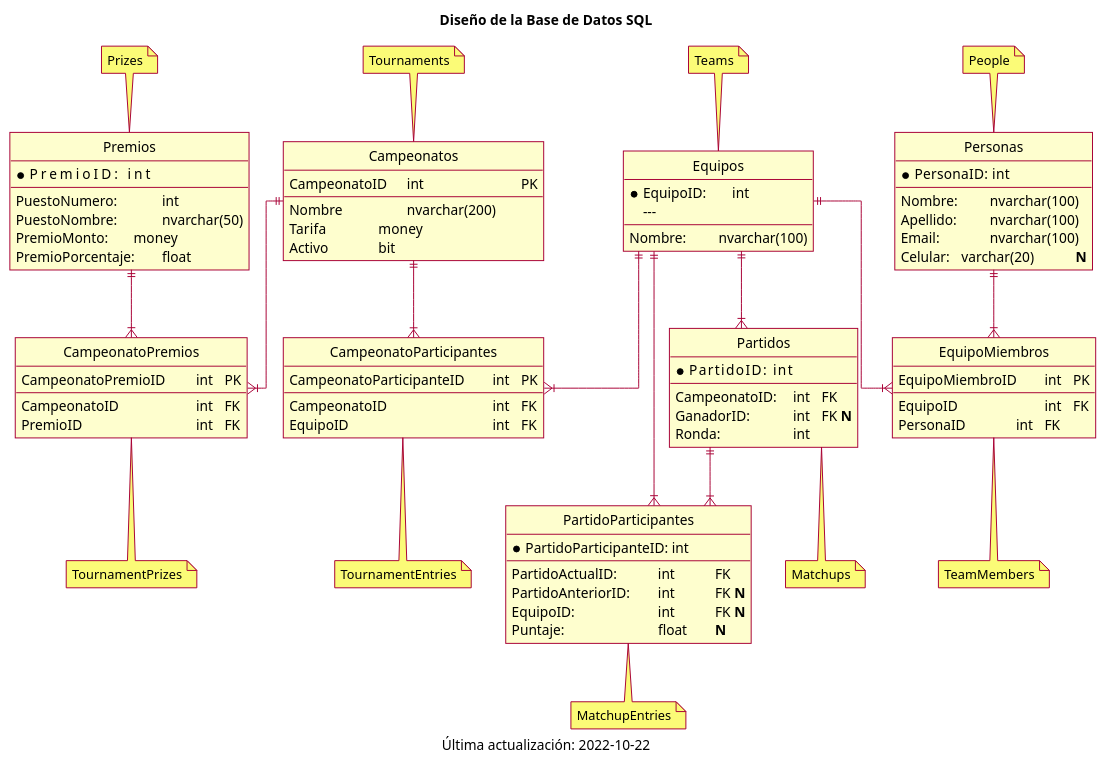
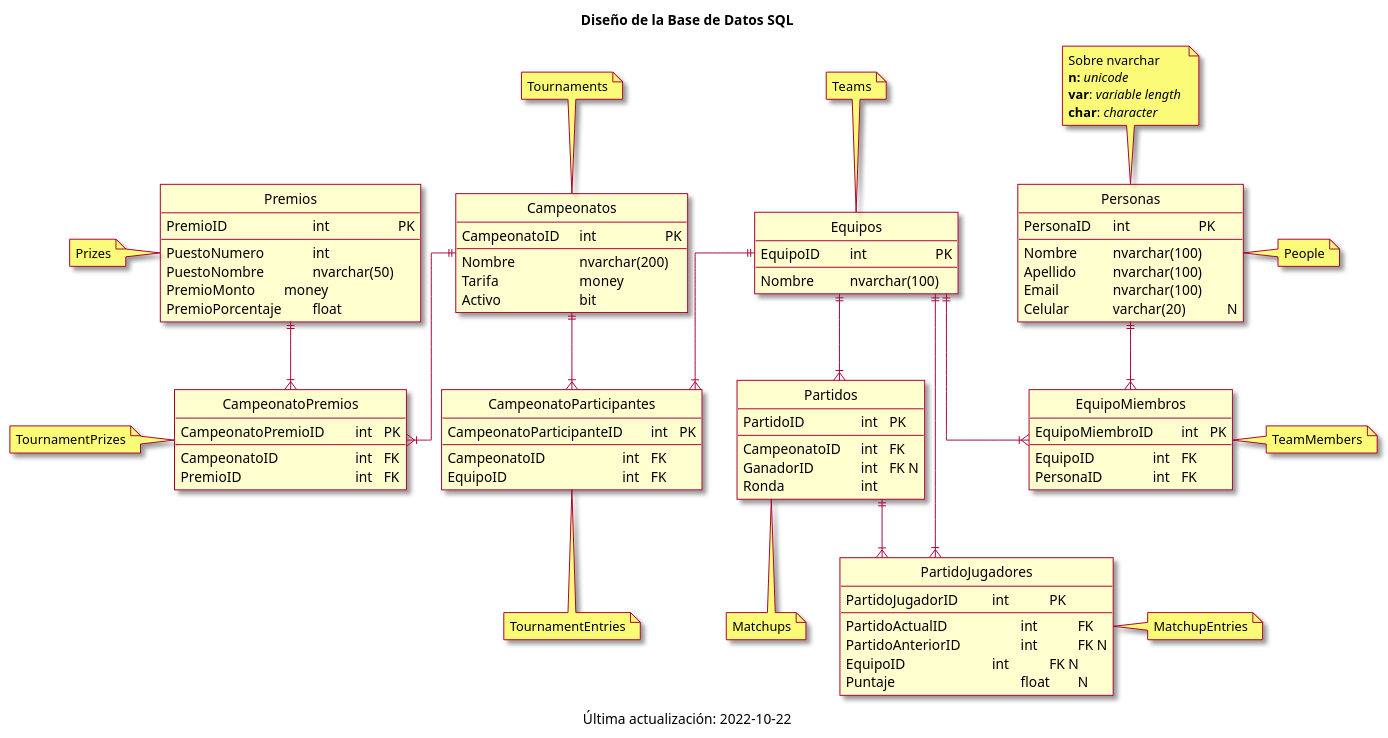
Before and after one commit to zherar7ordoya/AP5: the diagram in (EndGame)/Tournament Tracker/1) Planificación/9) Diseño de la Base de Datos SQL.puml, drawn with PlantUML. The commit also changed other lines of this file and 22 other files, not shown here.

```diff
--- a/(EndGame)/Tournament Tracker/1) Planificación/9) Diseño de la Base de Datos SQL.puml
+++ b/(EndGame)/Tournament Tracker/1) Planificación/9) Diseño de la Base de Datos SQL.puml
@@ -10,148 +1,146 @@
 @startuml GESTOR DE CAMPEONATOS
 
+/'
+@title        GESTOR DE CAMPEONATOS
+@description  Aplicación para crear, organizar y administrar campeonatos.
+@author       Gerardo Tordoya
+@date         2022-10-12
+@remarks      *) Para los nombres se usó la convención de WideWorldImporters.
+              *) Para los diagramas se usó la convención de Vertabelo.
+'/
+
+' ─── CONFIGURACIONES ──────────────────────────────────────────────────────────
 ' Configuración de plantilla.
 skin rose
-skinparam classFontName Calibri
-skinparam shadowing false
+' skinparam classFontName Calibri
+' skinparam shadowing false
 
 ' Configuración de diagrama.
 hide circle
 skinparam linetype ortho
 
-' ──────────────────────────────────────────────────────────────────────────────
-
+' ─── TÍTULO ───────────────────────────────────────────────────────────────────
 title Diseño de la Base de Datos SQL
 
-' ─── OBJETOS ──────────────────────────────────────────────────────────────────
-
+' ─── ENTIDADES ────────────────────────────────────────────────────────────────
 entity "CampeonatoParticipantes"
 {
     CampeonatoParticipanteID \t int \t PK 
     ---
-    CampeonatoID         \t\t\t int \t FK
-    EquipoID           \t\t\t\t int \t FK
+    CampeonatoID           \t\t int \t FK
+    EquipoID             \t\t\t int \t FK
 }
 
 
 entity "CampeonatoPremios"
 {
     CampeonatoPremioID \t int \t PK
     ---
     CampeonatoID     \t\t int \t FK
     PremioID       \t\t\t int \t FK
 }
 
 
 entity "Campeonatos"
 {
-    CampeonatoID \t int \t\t\t\t PK
+    CampeonatoID \t int \t\t\t PK
     ---
     Nombre     \t\t nvarchar(200)
-    Tarifa     \t\t money
-    Activo     \t\t bit
+    Tarifa   \t\t\t money
+    Activo   \t\t\t bit
 }
 
 
 entity "EquipoMiembros"
 {
     EquipoMiembroID \t int \t PK
     ---
-    EquipoID    \t\t\t int \t FK
+    EquipoID      \t\t int \t FK
     PersonaID     \t\t int \t FK
 }
 
 
 entity "Equipos"
 {
-   *EquipoID: \t int
+    EquipoID \t int \t\t\t PK
     ---
-    Nombre: \t nvarchar(100)
+    Nombre   \t nvarchar(100)
 }
 
 
-entity "PartidoParticipantes"
+entity "PartidoJugadores"
 {
-    *PartidoParticipanteID: int
-    --
-    PartidoActualID:     \t int   \t FK
-    PartidoAnteriorID:   \t int   \t FK **N**
-    EquipoID:          \t\t int   \t FK **N**
-    Puntaje:           \t\t float \t **N**
+    PartidoJugadorID      \t int \t\t PK
+    ---
+    PartidoActualID     \t\t int \t\t FK
+    PartidoAnteriorID   \t\t int \t\t FK N
+    EquipoID            \t\t int \t\t FK N
+    Puntaje           \t\t\t float \t N
 }
 
 
 entity "Partidos"
 {
-    *PartidoID:      int
-    --
-    CampeonatoID: \t int \t FK
-    GanadorID:    \t int \t FK **N**
-    Ronda:      \t\t int
+    PartidoID  \t\t int \t PK
+    ---
+    CampeonatoID \t int \t FK
+    GanadorID  \t\t int \t FK N
+    Ronda      \t\t int
 }
 
 
 entity "Personas"
 {
-    *PersonaID:  int
-    --
-    Nombre:   \t nvarchar(100)
-    Apellido: \t nvarchar(100)
-    Email:  \t\t nvarchar(100)
-    Celular:  \t varchar(20)   \t **N**
+    PersonaID  \t int         \t\t PK
+    ---
+    Nombre     \t nvarchar(100)
+    Apellido \t\t nvarchar(100)
+    Email    \t\t nvarchar(100)
+    Celular  \t\t varchar(20)   \t N
 }
 
 
 entity "Premios"
 {
-    *PremioID:           int
-    --
-    PuestoNumero:     \t int
-    PuestoNombre:     \t nvarchar(50)
-    PremioMonto:      \t money
-    PremioPorcentaje: \t float
+    PremioID       \t\t int \t\t\t PK
+    ---
+    PuestoNumero     \t int
+    PuestoNombre     \t nvarchar(50)
+    PremioMonto      \t money
+    PremioPorcentaje \t float
 }
 
 ' ─── RELACIONES ───────────────────────────────────────────────────────────────
-
 Campeonatos ||--|{ CampeonatoParticipantes
 Campeonatos ||--|{ CampeonatoPremios
 
 Equipos     ||--|{ CampeonatoParticipantes
 Equipos     ||--|{ EquipoMiembros
-Equipos     ||--|{ PartidoParticipantes
+Equipos     ||--|{ PartidoJugadores
 Equipos     ||--|{ Partidos
 
-Partidos    ||--|{ PartidoParticipantes
+Partidos    ||--|{ PartidoJugadores
 
 Personas    ||--|{ EquipoMiembros
 
 Premios     ||--|{ CampeonatoPremios
 
 ' ─── NOTAS ────────────────────────────────────────────────────────────────────
-note top of Premios: Prizes
+note top of Personas: Sobre nvarchar \n**n:** //unicode// \n**var**: //variable length// \n**char**: //character//
+
+note left of Premios: Prizes
 note top of Campeonatos: Tournaments
 note top of Equipos: Teams
-note top of Personas: People
+note right of Personas: People
 
-note "TournamentPrizes" as N1
-CampeonatoPremios .. N1
+note left of CampeonatoPremios: TournamentPrizes
+note bottom of CampeonatoParticipantes: TournamentEntries
+note bottom of Partidos: Matchups
+note right of PartidoJugadores: MatchupEntries
+note right of EquipoMiembros: TeamMembers
 
-note "TournamentEntries" as N2
-CampeonatoParticipantes .. N2
-
-note "MatchupEntries" as N3
-PartidoParticipantes .. N3
-
-note "Matchups" as N4
-Partidos .. N4
-
-note "TeamMembers" as N5
-EquipoMiembros .. N5
-
-' ──────────────────────────────────────────────────────────────────────────────
-
+' ─── SUBTÍTULO ────────────────────────────────────────────────────────────────
 caption Última actualización: 2022-10-22
 
-' ──────────────────────────────────────────────────────────────────────────────
-
+' ─── FIN ──────────────────────────────────────────────────────────────────────
 @enduml
```
